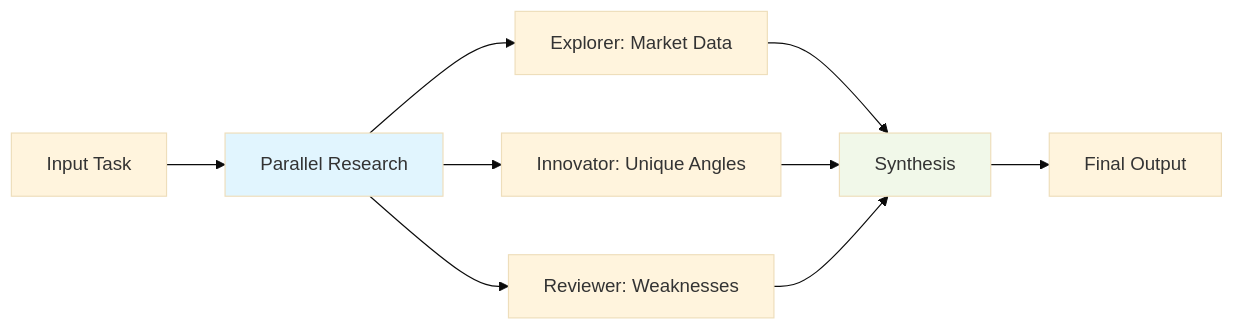
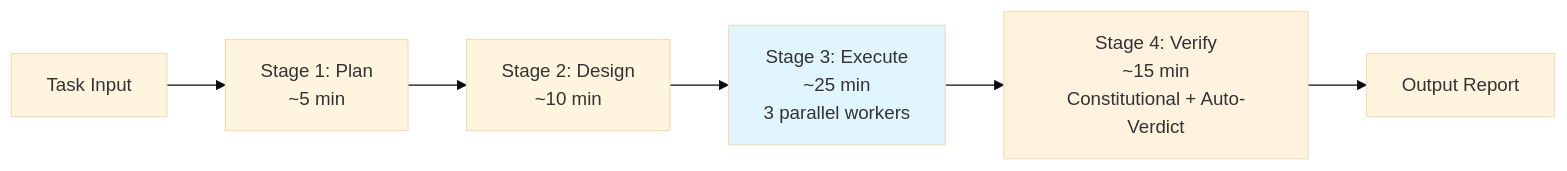
The second of 3 diagrams in SWARM-TEST-002-MEDIUM.md (MohamedNamper333/swarm-agent), drawn with Mermaid (base theme) before and after one commit. The commit also changed other lines of this file and 16 other files, not shown here.

````diff
--- a/SWARM-TEST-002-MEDIUM.md
+++ b/SWARM-TEST-002-MEDIUM.md
@@ -77,14 +97,11 @@
 ```mermaid
 flowchart LR
-    A[Input Task] --> B[Parallel Research]
-    B --> C1[Explorer: Market Data]
-    B --> C2[Innovator: Unique Angles]
-    B --> C3[Reviewer: Weaknesses]
-    C1 --> D[Synthesis]
-    C2 --> D
-    C3 --> D
-    D --> E[Final Output]
+    A[Task Input] --> B[Stage 1: Plan<br/>~5 min]
+    B --> C[Stage 2: Design<br/>~10 min]
+    C --> D[Stage 3: Execute<br/>~25 min<br/>3 parallel workers]
+    D --> E[Stage 4: Verify<br/>~15 min<br/>Constitutional + Auto-Verdict]
+    E --> F[Output Report]
     
-    style B fill:#e1f5fe
-    style D fill:#f1f8e9
+    style D fill:#e1f5fe
+    style E fill:#fff3e0
 ```
````
